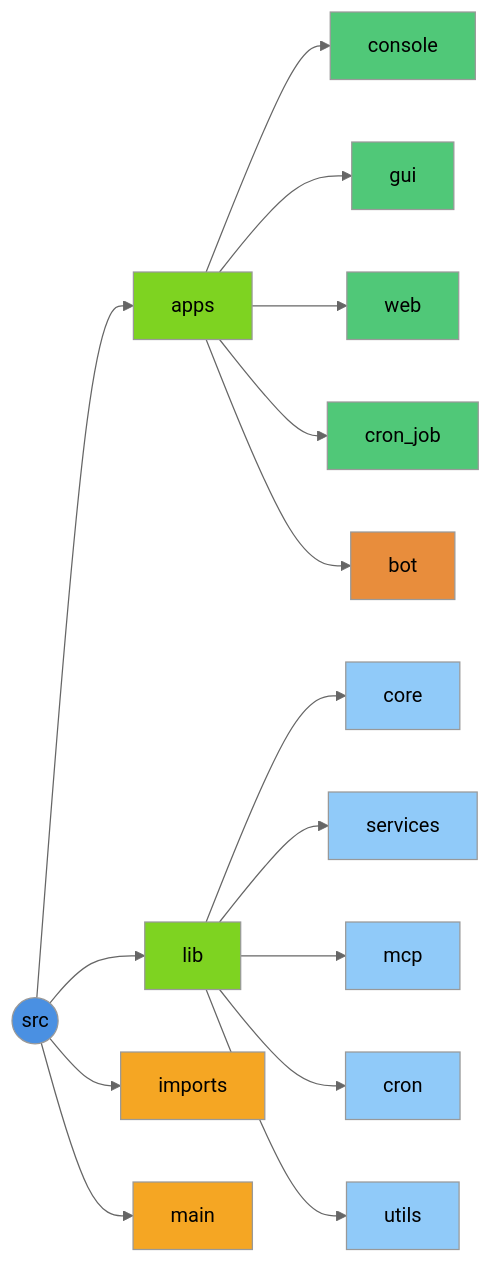
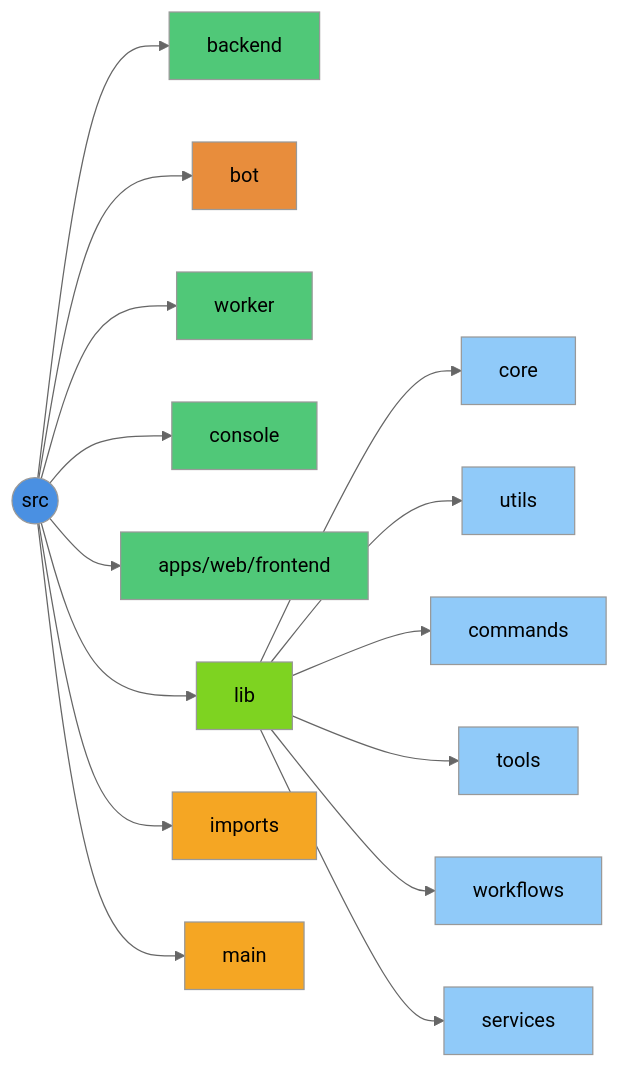
Before and after one commit to AmreetKumarkhuntia/knik: the diagram in docs/README.md, drawn with Mermaid (neutral theme). The commit also changed other lines of this file and 226 other files, not shown here.

First line of the commit message:
refactor(layout): flatten apps into src/backend, bot, worker and console

````diff
--- a/docs/README.md
+++ b/docs/README.md
@@ -70,33 +70,33 @@
 ```mermaid
 flowchart LR
-    src((src)) --> apps
+    src((src)) --> backend
+    src --> bot
+    src --> worker
+    src --> console
+    src --> frontend["apps/web/frontend"]
     src --> lib
     src --> imports
     src --> main
-    apps --> console
-    apps --> gui
-    apps --> web
-    apps --> cron_job
-    apps --> bot
     lib --> core
+    lib --> utils
+    lib --> commands
+    lib --> tools
+    lib --> workflows
     lib --> services
-    lib --> mcp
-    lib --> cron
-    lib --> utils
 
     style src fill:#4a90e2
     style imports fill:#f5a623
     style main fill:#f5a623
-    style apps fill:#7ed321
     style lib fill:#7ed321
+    style backend fill:#50c878
+    style worker fill:#50c878
     style console fill:#50c878
-    style gui fill:#50c878
-    style web fill:#50c878
-    style cron_job fill:#50c878
+    style frontend fill:#50c878
     style bot fill:#e88d3c
     style core fill:#90caf9
+    style utils fill:#90caf9
+    style commands fill:#90caf9
+    style tools fill:#90caf9
+    style workflows fill:#90caf9
     style services fill:#90caf9
-    style mcp fill:#90caf9
-    style cron fill:#90caf9
-    style utils fill:#90caf9
 ```
````
